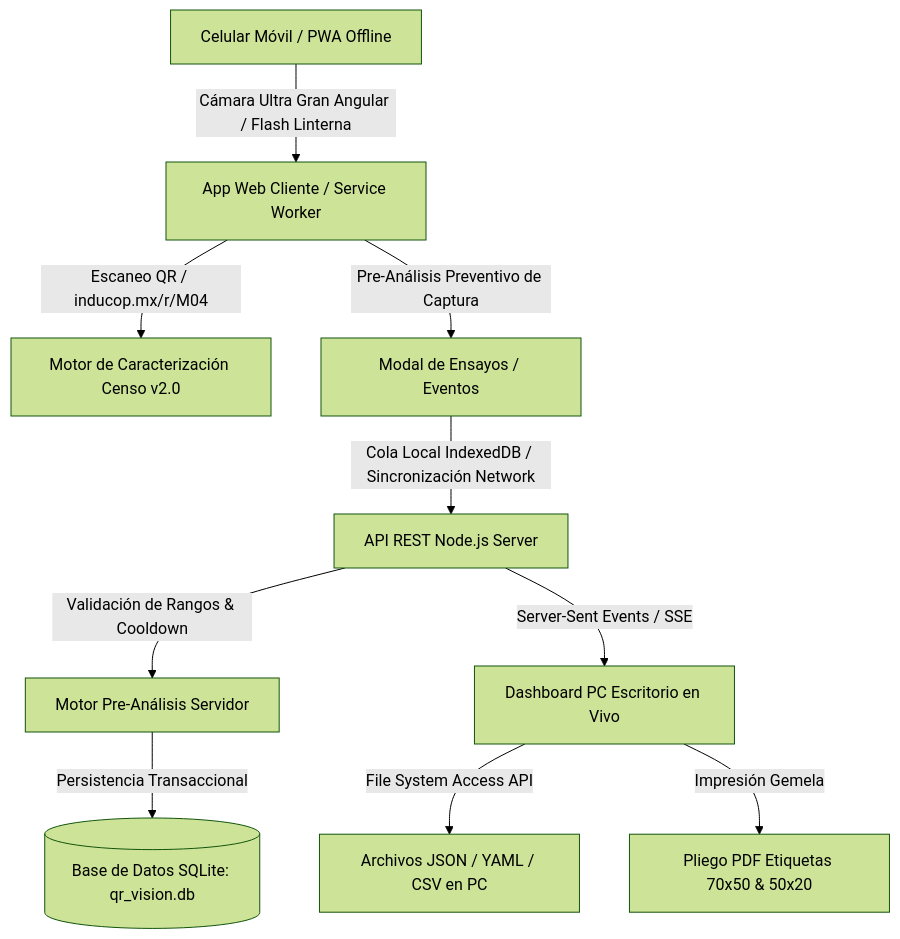
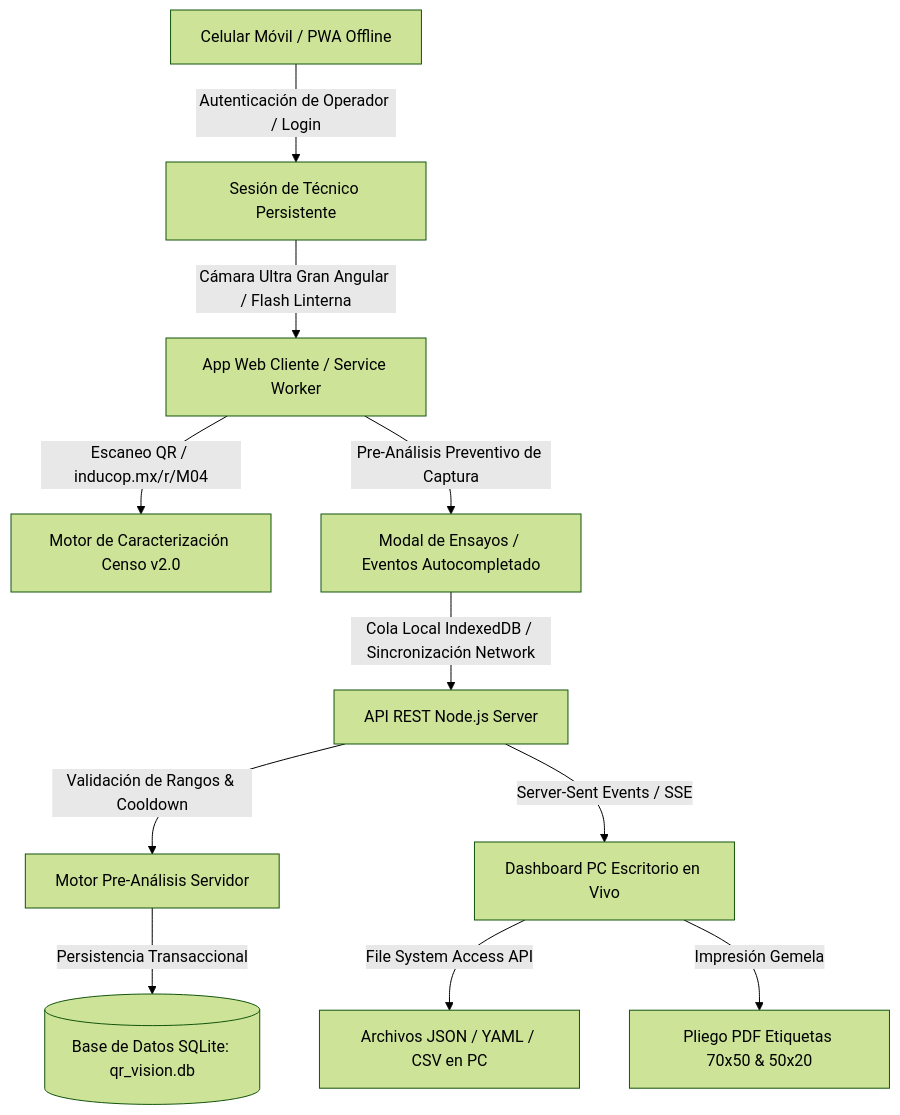
One commit to Entheos69/qr-reader-app changed the diagram in REPORTE_PROYECTO_QR_VISION_PRO.md. Above: the diagram before and after it, drawn with Mermaid (forest theme). The commit also changed other lines of this file and 3 other files, not shown here.

Commit message:
feat: operador login y autenticación de sesión con auto-completado en adquisición

````diff
--- a/REPORTE_PROYECTO_QR_VISION_PRO.md
+++ b/REPORTE_PROYECTO_QR_VISION_PRO.md
@@ -27,12 +28,13 @@
 ```mermaid
 graph TD
-    A[Celular Móvil / PWA Offline] -->|Cámara Ultra Gran Angular / Flash Linterna| B[App Web Cliente / Service Worker]
+    A[Celular Móvil / PWA Offline] -->|Autenticación de Operador / Login| K[Sesión de Técnico Persistente]
+    K -->|Cámara Ultra Gran Angular / Flash Linterna| B[App Web Cliente / Service Worker]
     B -->|Escaneo QR / inducop.mx/r/M04| C[Motor de Caracterización Censo v2.0]
-    B -->|Pre-Análisis Preventivo de Captura| D[Modal de Ensayos / Eventos]
+    B -->|Pre-Análisis Preventivo de Captura| D[Modal de Ensayos / Eventos Autocompletado]
     D -->|Cola Local IndexedDB / Sincronización Network| E[API REST Node.js Server]
     E -->|Validación de Rangos & Cooldown| F[Motor Pre-Análisis Servidor]
     F -->|Persistencia Transaccional| G[(Base de Datos SQLite: qr_vision.db)]
     E -->|Server-Sent Events / SSE| H[Dashboard PC Escritorio en Vivo]
     H -->|File System Access API| I[Archivos JSON / YAML / CSV en PC]
     H -->|Impresión Gemela| J[Pliego PDF Etiquetas 70x50 & 50x20]
 ```
````
